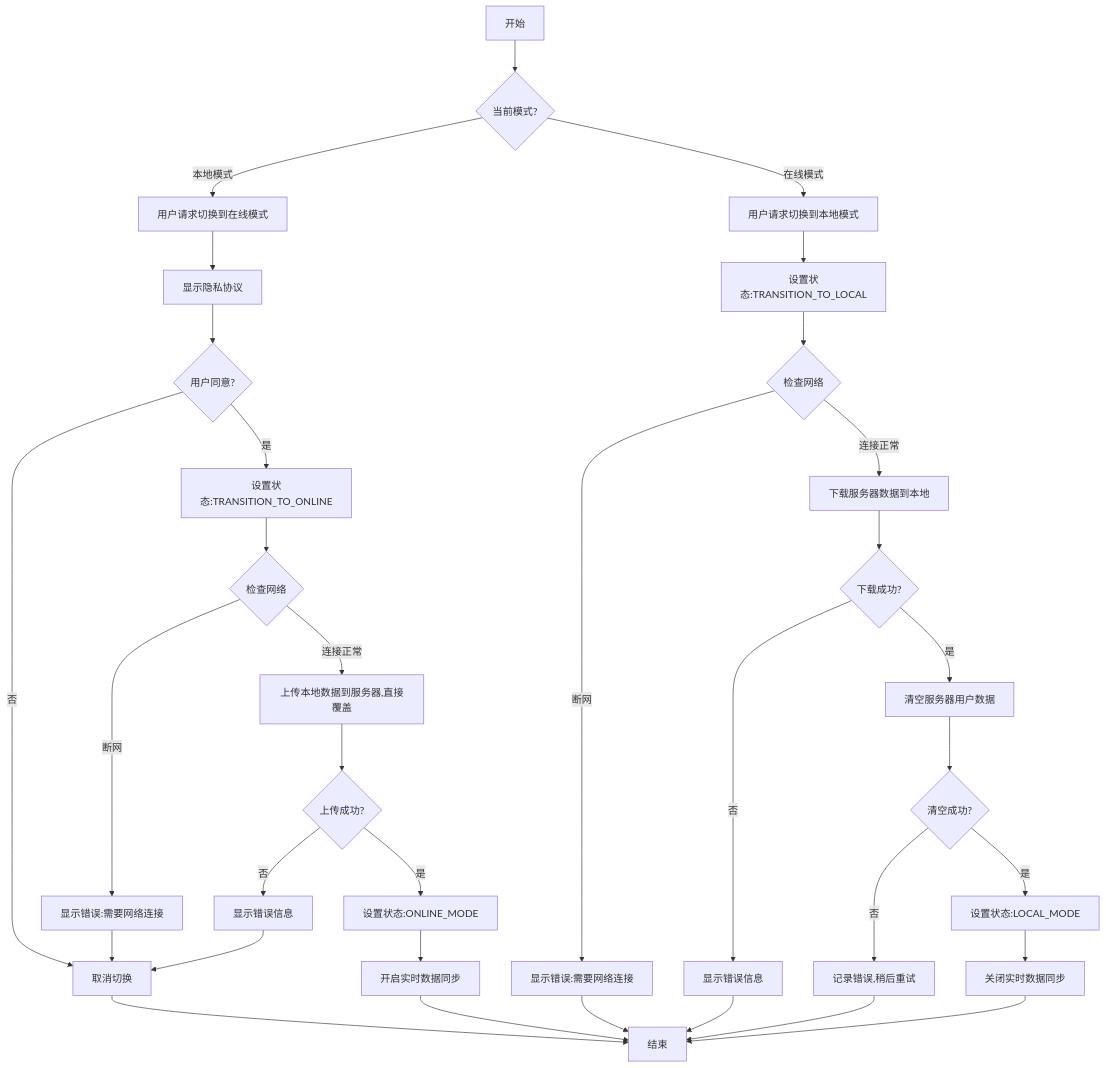
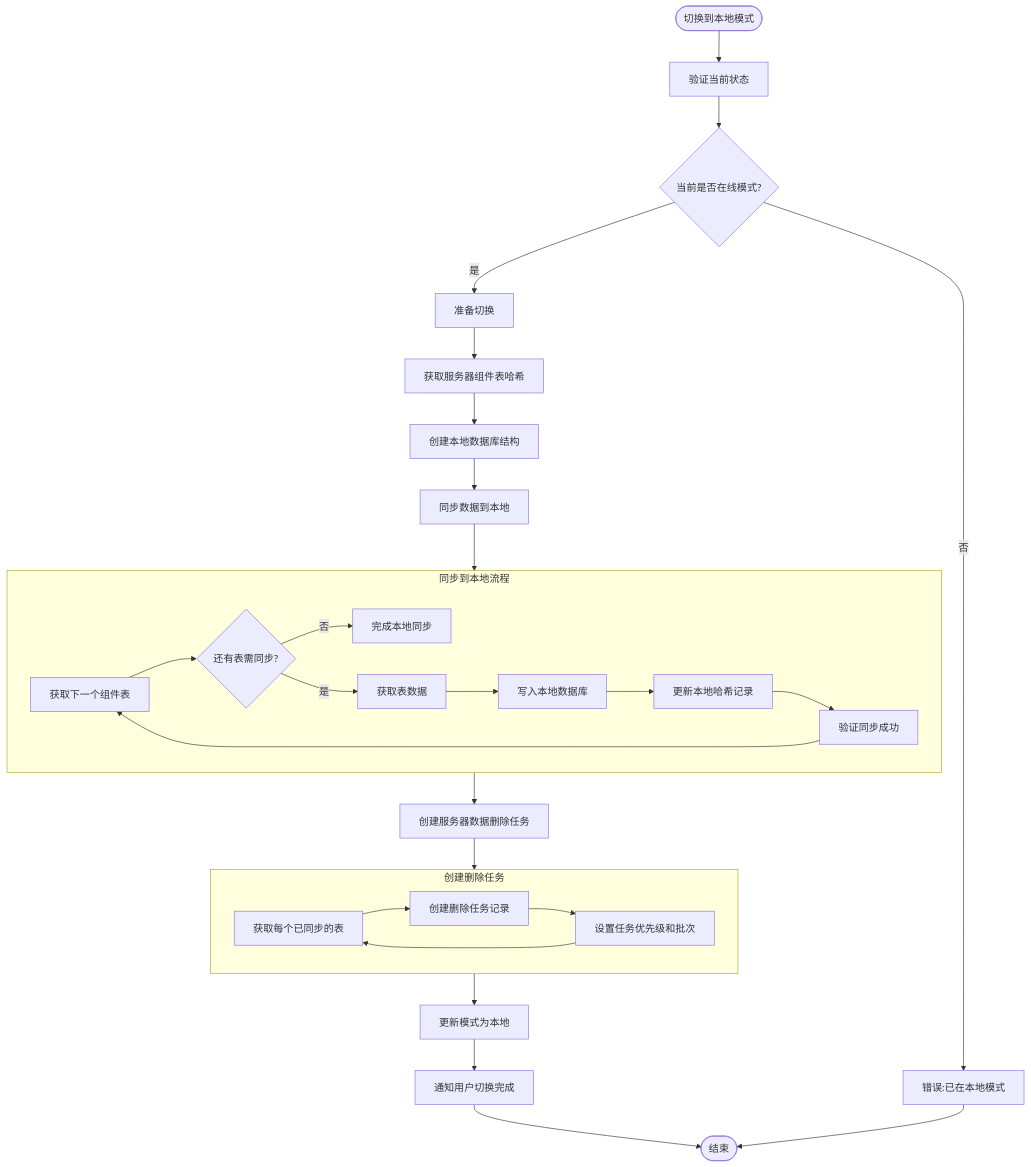
One commit to yingjianzh/iodraw-files changed the diagram in all/未命名-51.md. Above: the diagram before and after it, drawn with Mermaid.

Commit message:
2025-05-08 15:59:41 update

````diff
--- a/all/未命名-51.md
+++ b/all/未命名-51.md
@@ -1,40 +1,39 @@
 ```mermaid
-
 flowchart TD
-    A[开始] --> B{当前模式?}
+    Start([切换到本地模式]) --> ValidateState[验证当前状态]
+    ValidateState --> CurrentMode{当前是否在线模式?}
     
-    B -->|本地模式| C[用户请求切换到在线模式]
-    C --> F[显示隐私协议]
-    F --> G{用户同意?}
-    G -->|否| H[取消切换]
-    H --> Z[结束]
-    G -->|是| I[设置状态:TRANSITION_TO_ONLINE]
-    I --> J{检查网络}
-    J -->|断网| K[显示错误:需要网络连接]
-    K --> H
-    J -->|连接正常| O[上传本地数据到服务器,直接覆盖]
-    O --> P{上传成功?}
-    P -->|否| Q[显示错误信息]
-    Q --> H
-    P -->|是| R[设置状态:ONLINE_MODE]
-    R --> S[开启实时数据同步]
-    S --> Z
+    CurrentMode -->|否| ErrorMode[错误:已在本地模式]
+    CurrentMode -->|是| PrepareTransition[准备切换]
     
-    B -->|在线模式| T[用户请求切换到本地模式]
-    T --> U[设置状态:TRANSITION_TO_LOCAL]
-    U --> V{检查网络}
-    V -->|断网| W[显示错误:需要网络连接]
-    W --> Z
-    V -->|连接正常| X[下载服务器数据到本地]
-    X --> Y{下载成功?}
-    Y -->|否| AA2[显示错误信息]
-    AA2 --> Z
-    Y -->|是| AB2[清空服务器用户数据]
-    AB2 --> AC2{清空成功?}
-    AC2 -->|否| AD2[记录错误,稍后重试]
-    AD2 --> Z
-    AC2 -->|是| AE[设置状态:LOCAL_MODE]
-    AE --> AF[关闭实时数据同步]
-    AF --> Z
-
+    PrepareTransition --> A[获取服务器组件表哈希]
+    A --> B[创建本地数据库结构]
+    B --> SyncToLocal[同步数据到本地]
+    
+    subgraph SyncProcess [同步到本地流程]
+        C[获取下一个组件表] --> D{还有表需同步?}
+        D -->|否| CompleteLocalSync[完成本地同步]
+        D -->|是| E[获取表数据]
+        E --> F[写入本地数据库]
+        F --> G[更新本地哈希记录]
+        G --> H[验证同步成功]
+        H --> C
+    end
+    
+    SyncToLocal --> SyncProcess
+    
+    SyncProcess --> CreateDeletionTasks[创建服务器数据删除任务]
+    
+    subgraph DeletionTasks [创建删除任务]
+        I[获取每个已同步的表] --> J[创建删除任务记录]
+        J --> K[设置任务优先级和批次]
+        K --> I
+    end
+    
+    CreateDeletionTasks --> DeletionTasks
+    DeletionTasks --> UpdateModeLocal[更新模式为本地]
+    UpdateModeLocal --> NotifyUserComplete[通知用户切换完成]
+    
+    NotifyUserComplete --> End([结束])
+    ErrorMode --> End
 ```
````
